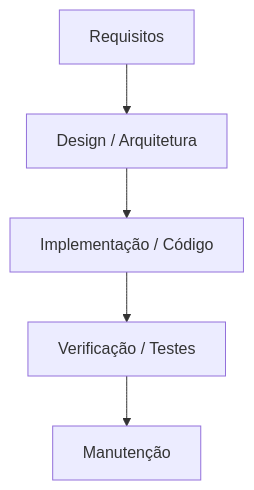
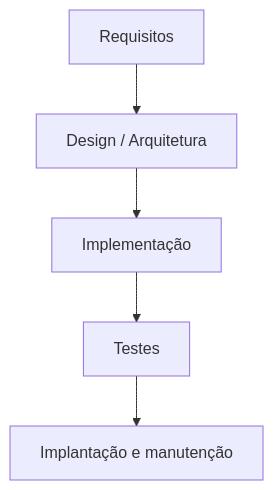
Before and after one commit to MaicomMRampi/software-architecture-handbook: the first of 2 diagrams in Arquiteto de Software/02 Requisitos arquiteturais e modelagem arquitetural/03 Metodologia na construção do software.md, drawn with Mermaid. The commit also changed other lines of this file and 43 other files, not shown here.

````diff
--- a/Arquiteto de Software/02 Requisitos arquiteturais e modelagem arquitetural/03 Metodologia na construção do software.md
+++ b/Arquiteto de Software/02 Requisitos arquiteturais e modelagem arquitetural/03 Metodologia na construção do software.md
@@ -11,7 +13,4 @@
 ```mermaid
 graph TD
-    A[Requisitos] --> B[Design / Arquitetura]
-    B --> C[Implementação / Código]
-    C --> D[Verificação / Testes]
-    D --> E[Manutenção]
+    A[Requisitos] --> B[Design / Arquitetura] --> C[Implementação] --> D[Testes] --> E[Implantação e manutenção]
 ```
````
